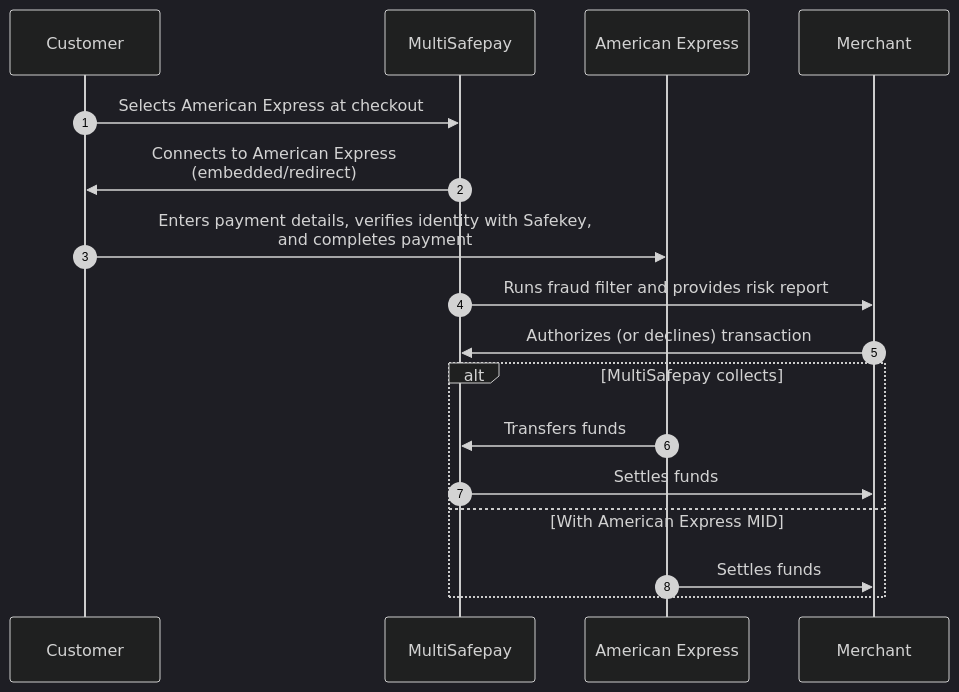
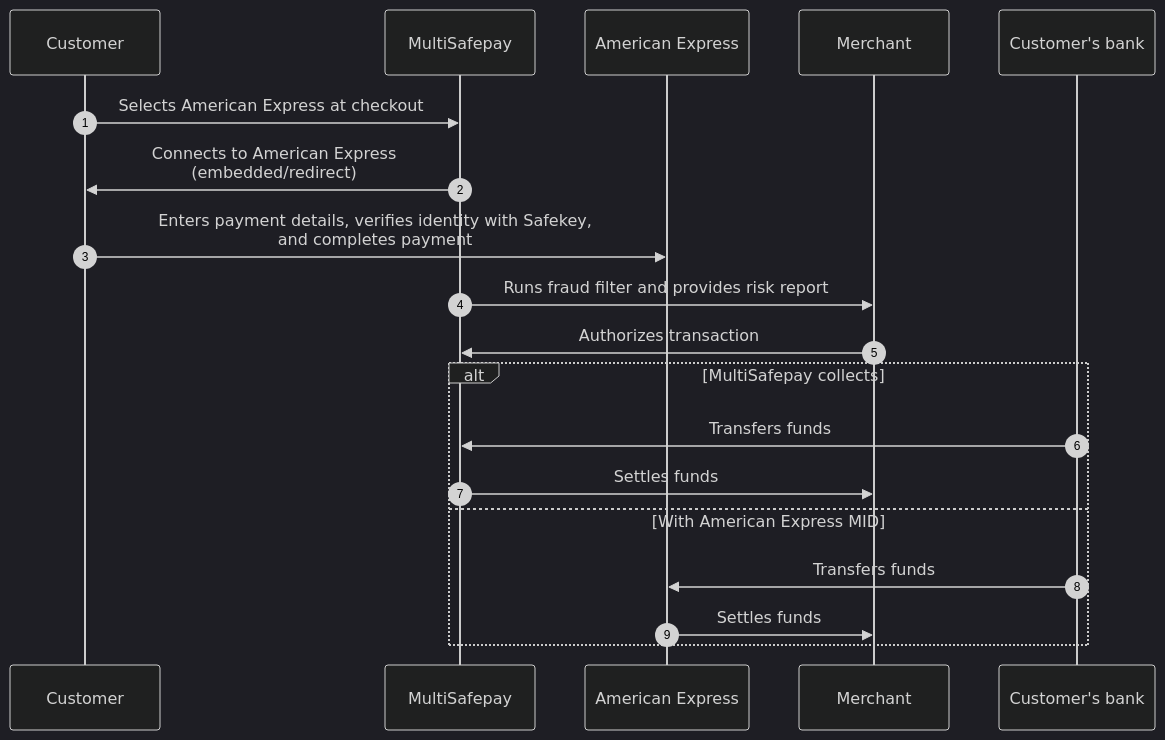
The diagram in content/payments/methods/credit-and-debit-cards/american-express/payment-flow.md (MultiSafepay/docs), drawn with Mermaid (dark theme) before and after one commit. The commit also changed other lines of this file and 37 other files, not shown here.

```diff
--- a/content/payments/methods/credit-and-debit-cards/american-express/payment-flow.md
+++ b/content/payments/methods/credit-and-debit-cards/american-express/payment-flow.md
@@ -14,23 +14,25 @@
 {{< mermaid class="text-center" >}}
 
 sequenceDiagram
     autonumber
     participant C as Customer
     participant Mu as MultiSafepay
     participant A as American Express
     participant Me as Merchant
+    participant CB as Customer's bank
 
     C->>Mu: Selects American Express at checkout
     Mu->>C: Connects to American Express <br> (embedded/redirect)
     C->>A: Enters payment details, verifies identity with Safekey, <br> and completes payment
     Mu->>Me: Runs fraud filter and provides risk report
-    Me->>Mu: Authorizes (or declines) transaction
+    Me->>Mu: Authorizes transaction
     alt MultiSafepay collects
-        A->>Mu: Transfers funds 
+        CB->>Mu: Transfers funds 
         Mu->>Me: Settles funds
     else With American Express MID
+        CB->>A: Transfers funds
         A->>Me: Settles funds
     end
     
 
 {{< /mermaid >}}
```
